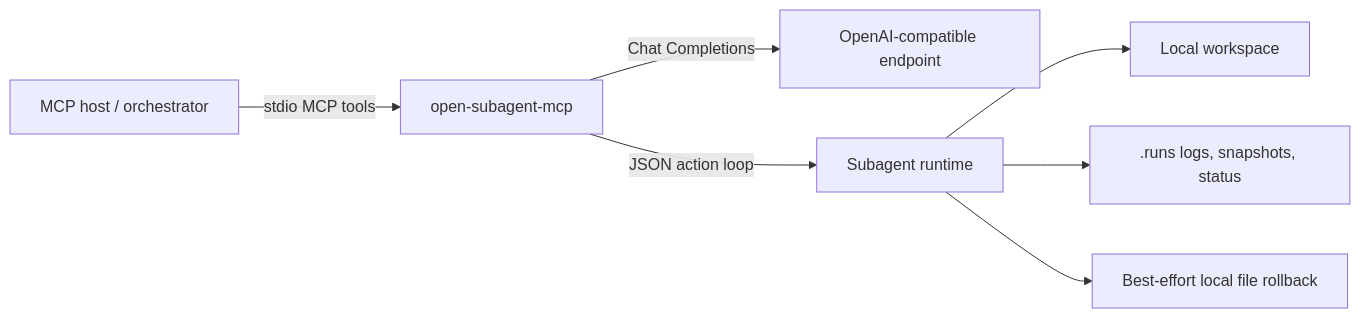
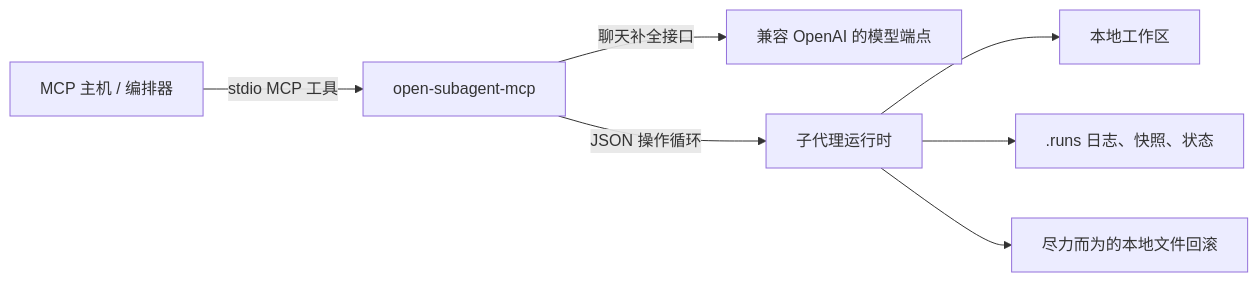
The diagram in README.md (g2zz/open-subagent-mcp), drawn with Mermaid before and after one commit. The commit also changed other lines of this file and 1 other file, not shown here.

````diff
--- a/README.md
+++ b/README.md
@@ -35,9 +25,9 @@
 ```mermaid
 flowchart LR
-    Host["MCP host / orchestrator"] -->|"stdio MCP tools"| Server["open-subagent-mcp"]
-    Server -->|"Chat Completions"| Model["OpenAI-compatible endpoint"]
-    Server -->|"JSON action loop"| Runtime["Subagent runtime"]
-    Runtime --> Workspace["Local workspace"]
-    Runtime --> Runs[".runs logs, snapshots, status"]
-    Runtime --> Rollback["Best-effort local file rollback"]
+    Host["MCP 主机 / 编排器"] -->|"stdio MCP 工具"| Server["open-subagent-mcp"]
+    Server -->|"聊天补全接口"| Model["兼容 OpenAI 的模型端点"]
+    Server -->|"JSON 操作循环"| Runtime["子代理运行时"]
+    Runtime --> Workspace["本地工作区"]
+    Runtime --> Runs[".runs 日志、快照、状态"]
+    Runtime --> Rollback["尽力而为的本地文件回滚"]
 ```
````
